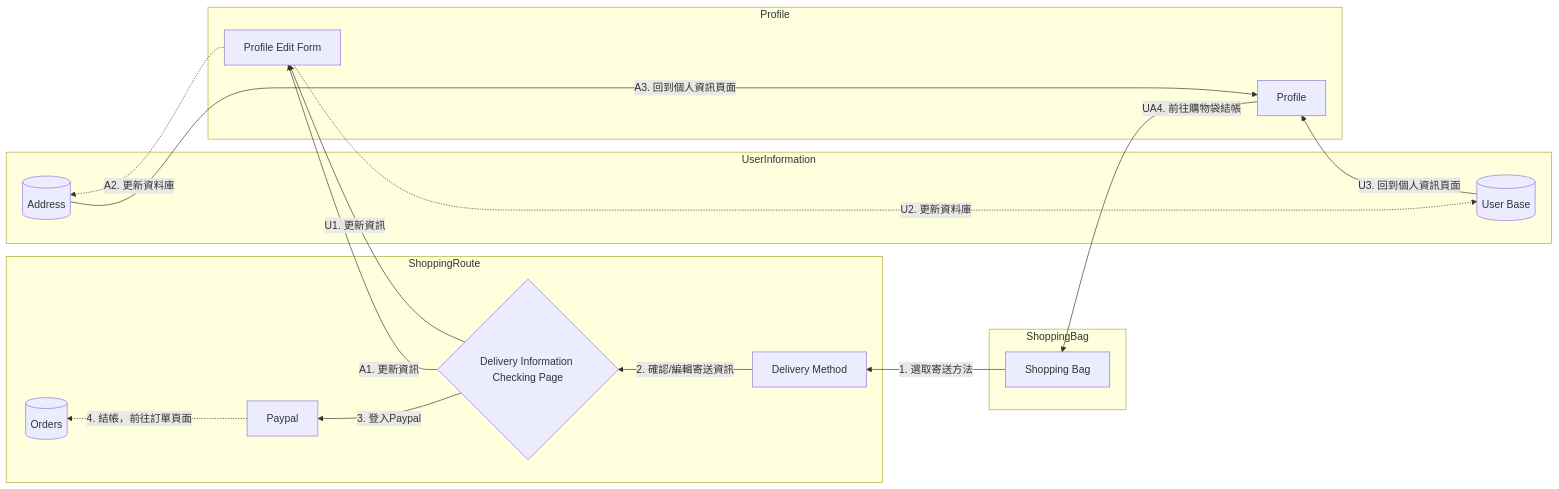
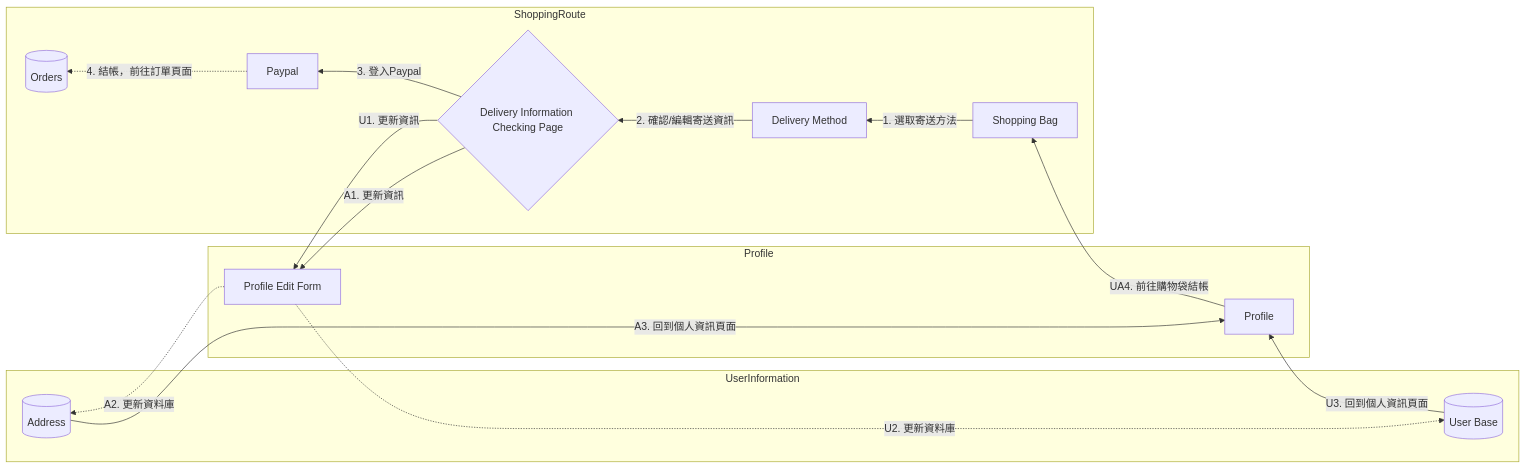
Before and after one commit to stevetsaoch/Ecommerce: the fifth of 5 diagrams in README.md, drawn with Mermaid.

````diff
--- a/README.md
+++ b/README.md
@@ -173,28 +173,26 @@
 ```mermaid
     flowchart RL
     subgraph UserInformation
         UB[(User Base)]
         Ad[(Address)]
     end
-    subgraph ShoppingBag
         B[Shopping Bag]
-    end
     subgraph Profile
         PF[Profile]
         PFE[Profile Edit Form]
     end
     subgraph ShoppingRoute
         B --"1. 選取寄送方法"--> D[Delivery Method]
         D --"2. 確認/編輯寄送資訊"--> C{Delivery Information Checking Page}
         C --"U1. 更新資訊"--> PFE
         C --"A1. 更新資訊"--> PFE
         C --"3. 登入Paypal"--> P[Paypal]
         P -."4. 結帳，前往訂單頁面".-> O[(Orders)]
     end
         PFE -."U2. 更新資料庫".-> UB
         PFE -."A2. 更新資料庫".-> Ad
         UB --"U3. 回到個人資訊頁面"--> PF 
         Ad --"A3. 回到個人資訊頁面"--> PF
         PF --"UA4. 前往購物袋結帳"--> B
     
 ```
````
